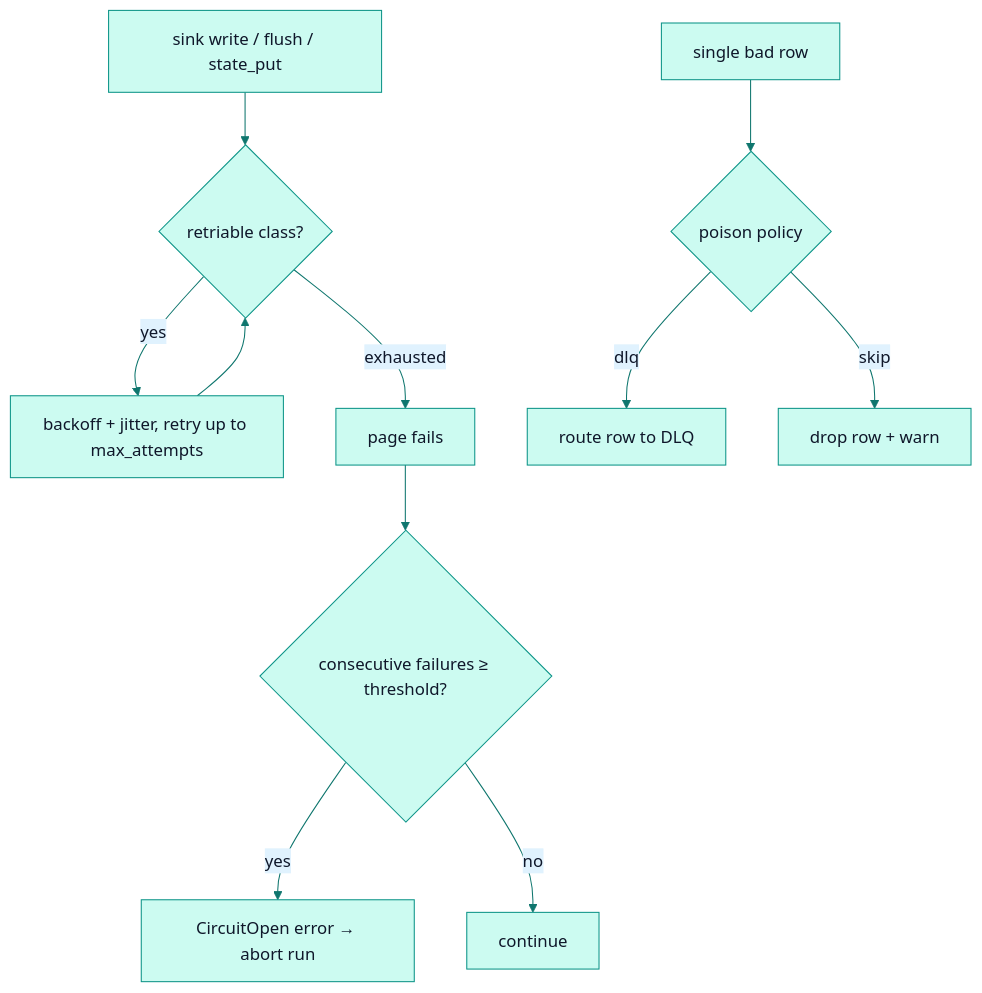
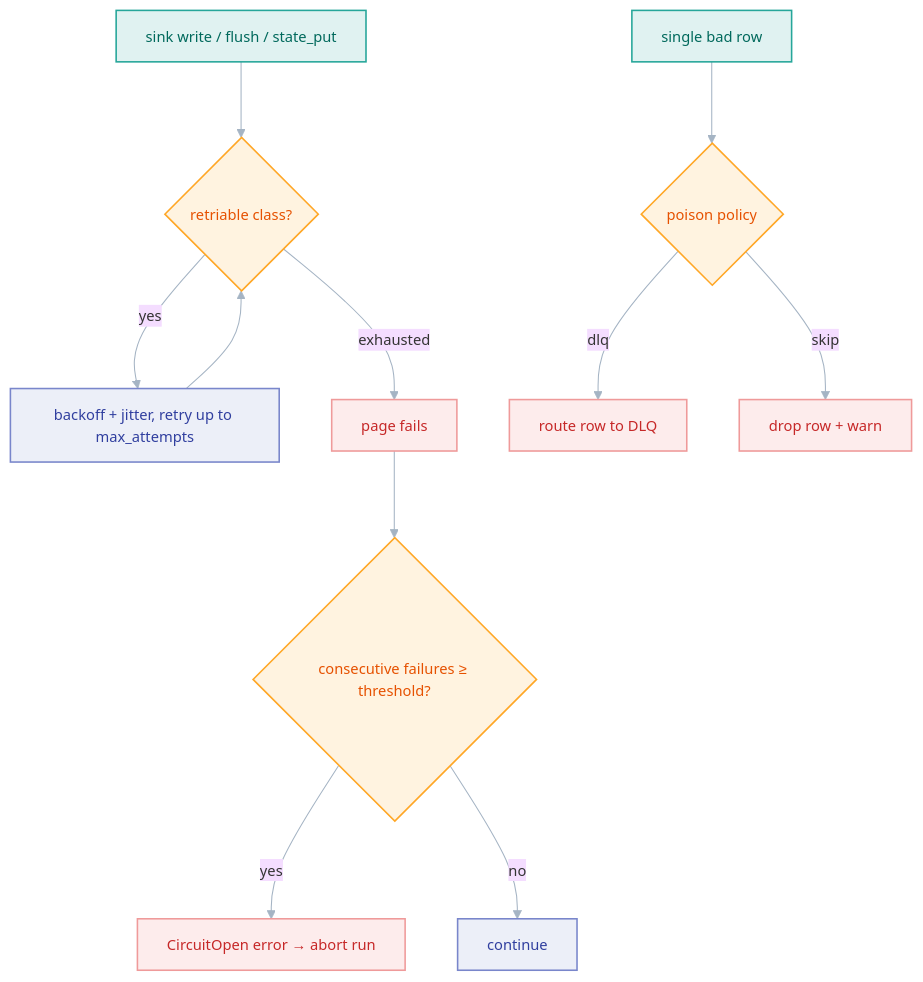
One commit to PawanSikawat/faucet-stream changed the diagram in docs/architecture/resilience.md. Above: the diagram before and after it, drawn with Mermaid. The commit also changed 28 other files, not shown here.

First line of the commit message:
docs: upgrade Mermaid diagrams to V2 role-coded style

````diff
--- a/docs/architecture/resilience.md
+++ b/docs/architecture/resilience.md
@@ -32,14 +32,22 @@
 ```mermaid
-%%{init: {'theme':'base','themeVariables':{'primaryColor':'#ccfbf1','primaryTextColor':'#0f172a','primaryBorderColor':'#0d9488','lineColor':'#0f766e','secondaryColor':'#e0f2fe','tertiaryColor':'#f0fdfa','fontFamily':'-apple-system,BlinkMacSystemFont,Segoe UI,sans-serif'}}}%%
+%%{init: {'theme':'base','flowchart':{'curve':'basis','nodeSpacing':50,'rankSpacing':72,'padding':14},'themeVariables':{'fontFamily':'-apple-system,BlinkMacSystemFont,Segoe UI,sans-serif','fontSize':'14px','lineColor':'#a5b4c4','clusterBkg':'#f8fafc','clusterBorder':'#e2e8f0'}}}%%
 flowchart TD
     OP[sink write / flush / state_put] --> RETRY{retriable class?}
     RETRY -->|yes| BACKOFF[backoff + jitter, retry up to max_attempts]
     BACKOFF --> RETRY
     RETRY -->|exhausted| FAILPAGE[page fails]
     FAILPAGE --> CB{consecutive failures ≥ threshold?}
     CB -->|yes| OPEN[CircuitOpen error → abort run]
     CB -->|no| CONT[continue]
     ROW[single bad row] --> POISON{poison policy}
     POISON -->|dlq| Q[route row to DLQ]
     POISON -->|skip| DROP[drop row + warn]
+    classDef src fill:#e0f2f1,stroke:#26a69a,stroke-width:1.5px,color:#00695c
+    classDef proc fill:#eceff8,stroke:#7986cb,stroke-width:1.5px,color:#303f9f
+    classDef dec fill:#fff3e0,stroke:#ffa726,stroke-width:1.5px,color:#e65100
+    classDef bad fill:#fdecec,stroke:#ef9a9a,stroke-width:1.5px,color:#c62828
+    class OP,ROW src
+    class BACKOFF,CONT proc
+    class RETRY,CB,POISON dec
+    class FAILPAGE,OPEN,Q,DROP bad
 ```
````
